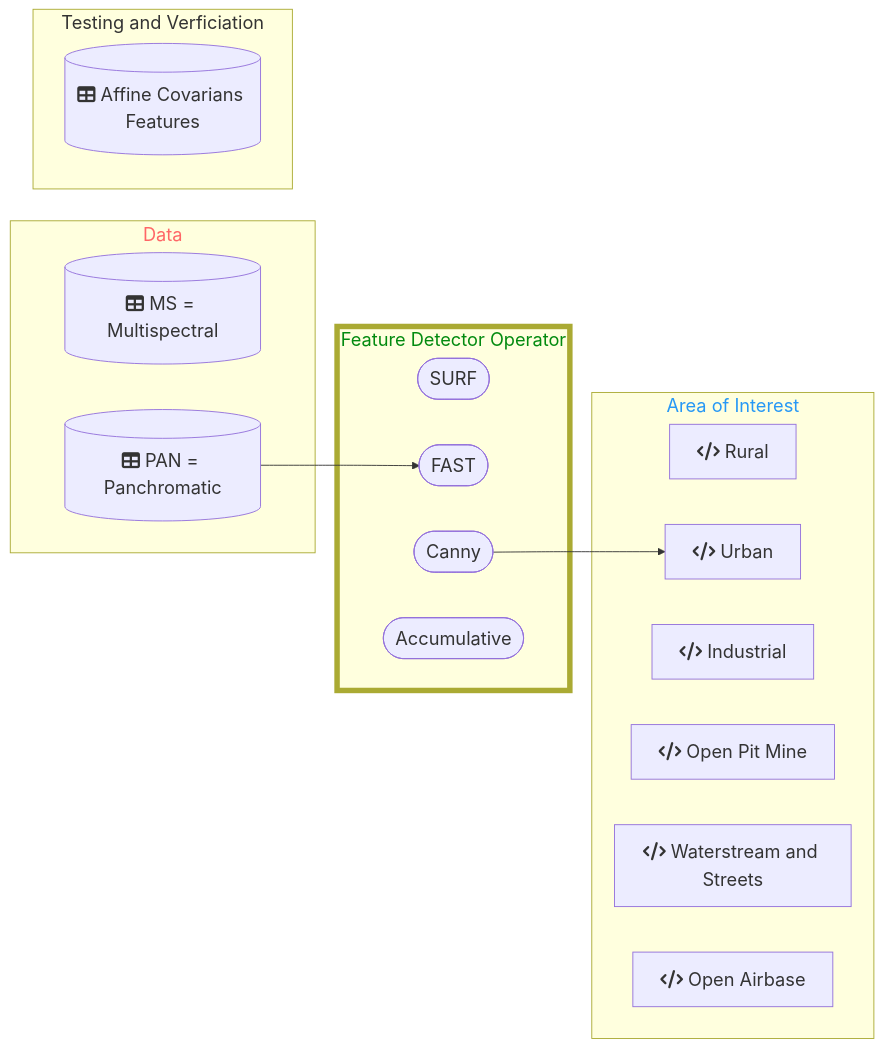
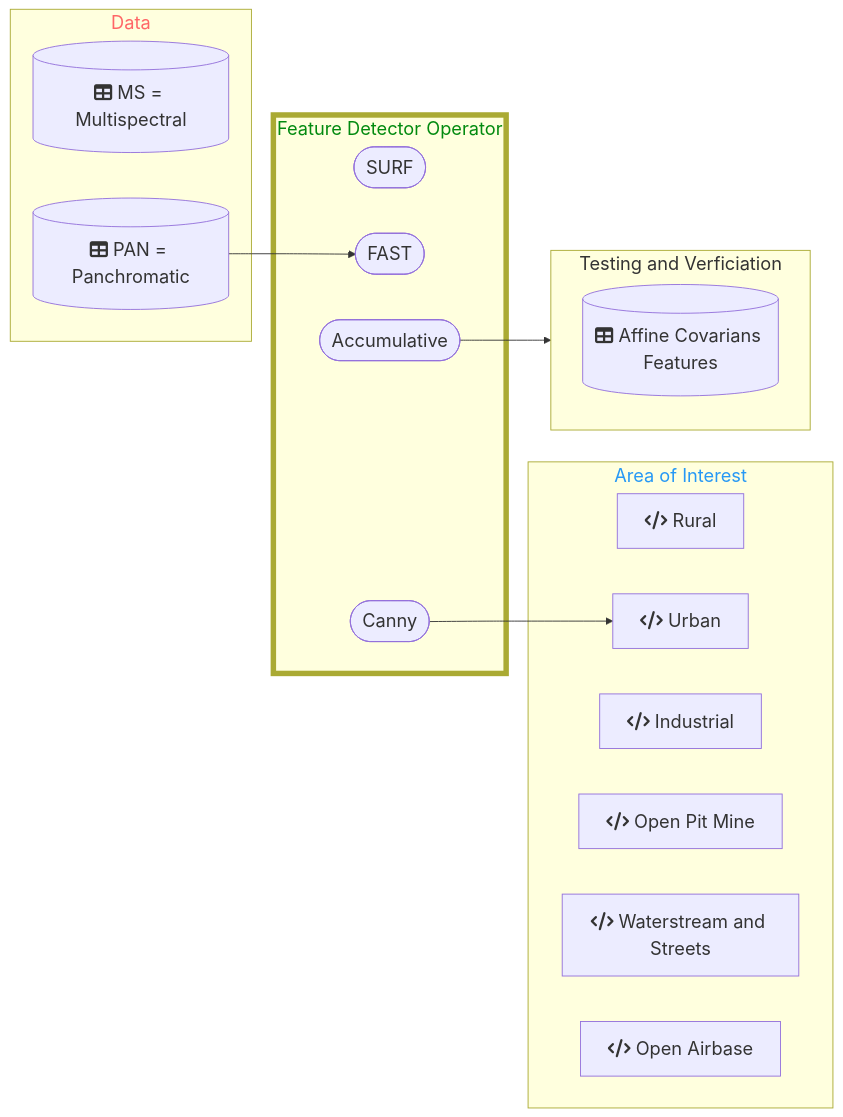
One commit to DippoldEJ/Feature-Detection-and-Explanation changed the diagram in Application/README.md. Above: the diagram before and after it, drawn with Mermaid.

````diff
--- a/Application/README.md
+++ b/Application/README.md
@@ -13,41 +13,42 @@
 ```mermaid
 flowchart LR;
 %%{init: {
 	'themeVariables': { 'fontSize': '20px', 'fontFamily': 'Didot'}
 	}
 }%%
 
  subgraph n[Data]
         g[(fa:fa-table MS = Multispectral)]
         h[(fa:fa-table PAN = Panchromatic)]
     end
 
  subgraph o[Feature Detector Operator]
         j([SURF])
         k([FAST])
         l([Canny])
         m([Accumulative])
     end
 
 subgraph p[Area of Interest]
     a[fa:fa-code Rural]
     b[fa:fa-code Urban]
     c[fa:fa-code Industrial]
     d[fa:fa-code Open Pit Mine]
     e[fa:fa-code Waterstream and Streets]
     f[fa:fa-code Open Airbase]
     end
 
  subgraph q [Testing and Verficiation]
         r[(fa:fa-table Affine Covarians Features)]
     end
 
 style n color:#f66
 style o stroke-width:6px
 style o color:#028A0F
 style p color:#2798F5
 
 h-->k
 l-->b
+m-->q
 
 ```
````
